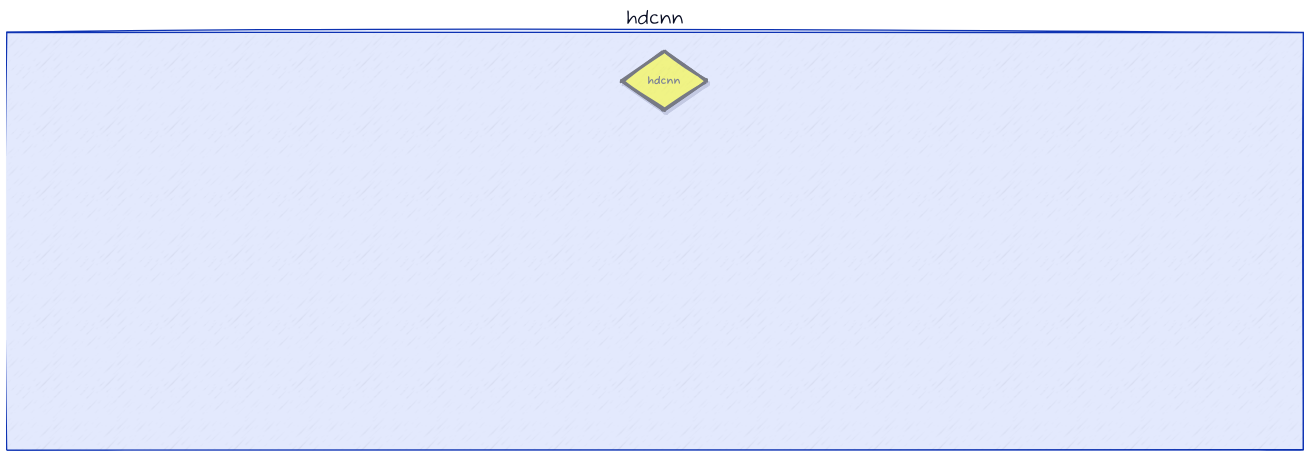
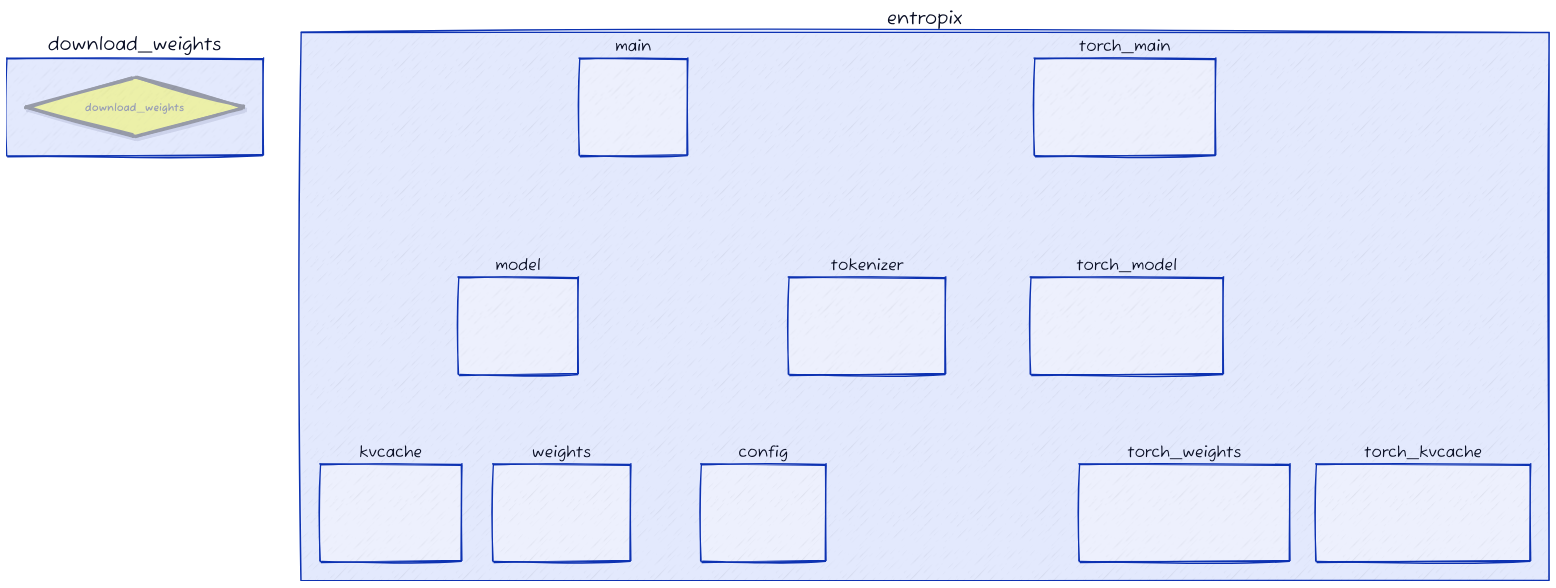
One commit to fangyuan-ksgk/heuristic-search changed the diagram in eoh/d2_output/evolve_graph_1.d2. Above: the diagram before and after it, drawn with D2. The commit also changed 16 other files, not shown here.

```diff
--- a/eoh/d2_output/evolve_graph_1.d2
+++ b/eoh/d2_output/evolve_graph_1.d2
@@ -35,9 +35,19 @@
     }
   }
 }
-hdcnn.build_vocab.class: function
-hdcnn.build_vocab.label: "build_vocab"
-hdcnn.build_vocab: {
+download_weights.download_weights.class: file
+download_weights.download_weights.label: "download_weights"
+download_weights.download_weights: {
+  style: {
+    opacity: 0.33
+    stroke: "black"
+    stroke-width: 4
+    shadow: true
+  }
+}
+entropix.config.config.class: file
+entropix.config.config.label: "config"
+entropix.config.config: {
   style: {
     opacity: 0.00
     stroke: "black"
@@ -45,9 +55,9 @@
     shadow: true
   }
 }
-hdcnn.random_hv.class: function
-hdcnn.random_hv.label: "random_hv"
-hdcnn.random_hv: {
+entropix.kvcache.kvcache.class: file
+entropix.kvcache.kvcache.label: "kvcache"
+entropix.kvcache.kvcache: {
   style: {
     opacity: 0.00
     stroke: "black"
@@ -55,9 +65,9 @@
     shadow: true
   }
 }
-hdcnn.create_token_hvs.class: function
-hdcnn.create_token_hvs.label: "create_token_hvs"
-hdcnn.create_token_hvs: {
+entropix.main.main.class: file
+entropix.main.main.label: "main"
+entropix.main.main: {
   style: {
     opacity: 0.00
     stroke: "black"
@@ -65,9 +75,9 @@
     shadow: true
   }
 }
-hdcnn.bind.class: function
-hdcnn.bind.label: "bind"
-hdcnn.bind: {
+entropix.model.model.class: file
+entropix.model.model.label: "model"
+entropix.model.model: {
   style: {
     opacity: 0.00
     stroke: "black"
@@ -75,9 +85,9 @@
     shadow: true
   }
 }
-hdcnn.permute.class: function
-hdcnn.permute.label: "permute"
-hdcnn.permute: {
+entropix.tokenizer.tokenizer.class: file
+entropix.tokenizer.tokenizer.label: "tokenizer"
+entropix.tokenizer.tokenizer: {
   style: {
     opacity: 0.00
     stroke: "black"
@@ -85,19 +95,9 @@
     shadow: true
   }
 }
-hdcnn.hdcnn.class: file
-hdcnn.hdcnn.label: "hdcnn"
-hdcnn.hdcnn: {
-  style: {
-    opacity: 0.47
-    stroke: "black"
-    stroke-width: 4
-    shadow: true
-  }
-}
-hdcnn.HDCNNClassifier.class: class
-hdcnn.HDCNNClassifier.label: "HDCNNClassifier"
-hdcnn.HDCNNClassifier: {
+entropix.torch_kvcache.torch_kvcache.class: file
+entropix.torch_kvcache.torch_kvcache.label: "torch_kvcache"
+entropix.torch_kvcache.torch_kvcache: {
   style: {
     opacity: 0.00
     stroke: "black"
@@ -105,9 +105,9 @@
     shadow: true
   }
 }
-hdcnn.__len__.class: function
-hdcnn.__len__.label: "__len__"
-hdcnn.__len__: {
+entropix.torch_main.torch_main.class: file
+entropix.torch_main.torch_main.label: "torch_main"
+entropix.torch_main.torch_main: {
   style: {
     opacity: 0.00
     stroke: "black"
@@ -115,9 +115,9 @@
     shadow: true
   }
 }
-hdcnn.encode_sequence.class: function
-hdcnn.encode_sequence.label: "encode_sequence"
-hdcnn.encode_sequence: {
+entropix.torch_model.torch_model.class: file
+entropix.torch_model.torch_model.label: "torch_model"
+entropix.torch_model.torch_model: {
   style: {
     opacity: 0.00
     stroke: "black"
@@ -125,9 +125,9 @@
     shadow: true
   }
 }
-hdcnn.HDComputing.class: class
-hdcnn.HDComputing.label: "HDComputing"
-hdcnn.HDComputing: {
+entropix.torch_weights.torch_weights.class: file
+entropix.torch_weights.torch_weights.label: "torch_weights"
+entropix.torch_weights.torch_weights: {
   style: {
     opacity: 0.00
     stroke: "black"
@@ -135,9 +135,9 @@
     shadow: true
   }
 }
-hdcnn.AGNewsDataset.class: class
-hdcnn.AGNewsDataset.label: "AGNewsDataset"
-hdcnn.AGNewsDataset: {
+entropix.weights.weights.class: file
+entropix.weights.weights.label: "weights"
+entropix.weights.weights: {
   style: {
     opacity: 0.00
     stroke: "black"
@@ -145,196 +145,115 @@
     shadow: true
   }
 }
-hdcnn.__getitem__.class: function
-hdcnn.__getitem__.label: "__getitem__"
-hdcnn.__getitem__: {
-  style: {
-    opacity: 0.00
-    stroke: "black"
-    stroke-width: 4
-    shadow: true
-  }
-}
-hdcnn.forward.class: function
-hdcnn.forward.label: "forward"
-hdcnn.forward: {
-  style: {
-    opacity: 0.00
-    stroke: "black"
-    stroke-width: 4
-    shadow: true
-  }
-}
-hdcnn.main.class: function
-hdcnn.main.label: "main"
-hdcnn.main: {
-  style: {
-    opacity: 0.00
-    stroke: "black"
-    stroke-width: 4
-    shadow: true
-  }
-}
-hdcnn.superpose.class: function
-hdcnn.superpose.label: "superpose"
-hdcnn.superpose: {
-  style: {
-    opacity: 0.00
-    stroke: "black"
-    stroke-width: 4
-    shadow: true
-  }
-}
-hdcnn.hdcnn -> hdcnn.build_vocab: {
+entropix.main.main -> entropix.model.model: {
   style.stroke: red
   style.opacity: 0.00
   style.stroke-width: 2
   style.stroke-dash: 5
   style.animated: true
 }
-hdcnn.hdcnn -> hdcnn.random_hv: {
+entropix.main.main -> entropix.config.config: {
   style.stroke: red
   style.opacity: 0.00
   style.stroke-width: 2
   style.stroke-dash: 5
   style.animated: true
 }
-hdcnn.hdcnn -> hdcnn.create_token_hvs: {
+entropix.main.main -> entropix.tokenizer.tokenizer: {
   style.stroke: red
   style.opacity: 0.00
   style.stroke-width: 2
   style.stroke-dash: 5
   style.animated: true
 }
-hdcnn.hdcnn -> hdcnn.bind: {
+entropix.main.main -> entropix.weights.weights: {
   style.stroke: red
   style.opacity: 0.00
   style.stroke-width: 2
   style.stroke-dash: 5
   style.animated: true
 }
-hdcnn.hdcnn -> hdcnn.permute: {
+entropix.main.main -> entropix.kvcache.kvcache: {
   style.stroke: red
   style.opacity: 0.00
   style.stroke-width: 2
   style.stroke-dash: 5
   style.animated: true
 }
-hdcnn.hdcnn -> hdcnn.HDCNNClassifier: {
+entropix.model.model -> entropix.config.config: {
   style.stroke: red
   style.opacity: 0.00
   style.stroke-width: 2
   style.stroke-dash: 5
   style.animated: true
 }
-hdcnn.hdcnn -> hdcnn.__len__: {
+entropix.model.model -> entropix.kvcache.kvcache: {
   style.stroke: red
   style.opacity: 0.00
   style.stroke-width: 2
   style.stroke-dash: 5
   style.animated: true
 }
-hdcnn.hdcnn -> hdcnn.encode_sequence: {
+entropix.model.model -> entropix.weights.weights: {
   style.stroke: red
   style.opacity: 0.00
   style.stroke-width: 2
   style.stroke-dash: 5
   style.animated: true
 }
-hdcnn.hdcnn -> hdcnn.HDComputing: {
+entropix.torch_main.torch_main -> entropix.config.config: {
   style.stroke: red
   style.opacity: 0.00
   style.stroke-width: 2
   style.stroke-dash: 5
   style.animated: true
 }
-hdcnn.hdcnn -> hdcnn.AGNewsDataset: {
+entropix.torch_main.torch_main -> entropix.torch_model.torch_model: {
   style.stroke: red
   style.opacity: 0.00
   style.stroke-width: 2
   style.stroke-dash: 5
   style.animated: true
 }
-hdcnn.hdcnn -> hdcnn.__getitem__: {
+entropix.torch_main.torch_main -> entropix.torch_weights.torch_weights: {
   style.stroke: red
   style.opacity: 0.00
   style.stroke-width: 2
   style.stroke-dash: 5
   style.animated: true
 }
-hdcnn.hdcnn -> hdcnn.forward: {
+entropix.torch_main.torch_main -> entropix.torch_kvcache.torch_kvcache: {
   style.stroke: red
   style.opacity: 0.00
   style.stroke-width: 2
   style.stroke-dash: 5
   style.animated: true
 }
-hdcnn.hdcnn -> hdcnn.main: {
+entropix.torch_main.torch_main -> entropix.tokenizer.tokenizer: {
   style.stroke: red
   style.opacity: 0.00
   style.stroke-width: 2
   style.stroke-dash: 5
   style.animated: true
 }
-hdcnn.hdcnn -> hdcnn.superpose: {
+entropix.torch_model.torch_model -> entropix.config.config: {
   style.stroke: red
   style.opacity: 0.00
   style.stroke-width: 2
   style.stroke-dash: 5
   style.animated: true
 }
-hdcnn.HDCNNClassifier -> hdcnn.forward: {
-  style.stroke: black
+entropix.torch_model.torch_model -> entropix.torch_weights.torch_weights: {
+  style.stroke: red
   style.opacity: 0.00
   style.stroke-width: 2
+  style.stroke-dash: 5
+  style.animated: true
 }
-hdcnn.HDComputing -> hdcnn.random_hv: {
-  style.stroke: black
+entropix.torch_model.torch_model -> entropix.torch_kvcache.torch_kvcache: {
+  style.stroke: red
   style.opacity: 0.00
   style.stroke-width: 2
+  style.stroke-dash: 5
+  style.animated: true
 }
-hdcnn.HDComputing -> hdcnn.bind: {
-  style.stroke: black
-  style.opacity: 0.00
-  style.stroke-width: 2
-}
-hdcnn.HDComputing -> hdcnn.superpose: {
-  style.stroke: black
-  style.opacity: 0.00
-  style.stroke-width: 2
-}
-hdcnn.HDComputing -> hdcnn.permute: {
-  style.stroke: black
-  style.opacity: 0.00
-  style.stroke-width: 2
-}
-hdcnn.AGNewsDataset -> hdcnn.__len__: {
-  style.stroke: black
-  style.opacity: 0.00
-  style.stroke-width: 2
-}
-hdcnn.AGNewsDataset -> hdcnn.encode_sequence: {
-  style.stroke: black
-  style.opacity: 0.00
-  style.stroke-width: 2
-}
-hdcnn.AGNewsDataset -> hdcnn.__getitem__: {
-  style.stroke: black
-  style.opacity: 0.00
-  style.stroke-width: 2
-}
-hdcnn.__getitem__ -> hdcnn.encode_sequence: {
-  style.stroke: black
-  style.opacity: 0.00
-  style.stroke-width: 2
-}
-hdcnn.main -> hdcnn.build_vocab: {
-  style.stroke: black
-  style.opacity: 0.00
-  style.stroke-width: 2
-}
-hdcnn.main -> hdcnn.create_token_hvs: {
-  style.stroke: black
-  style.opacity: 0.00
-  style.stroke-width: 2
-}
```
